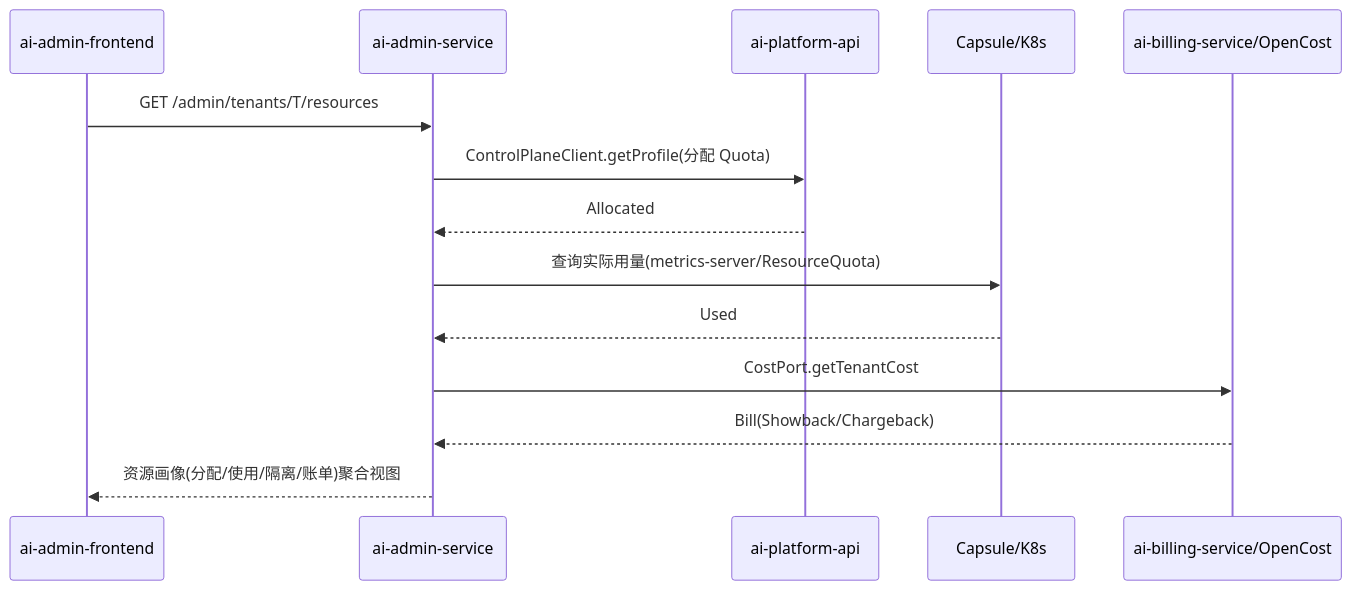
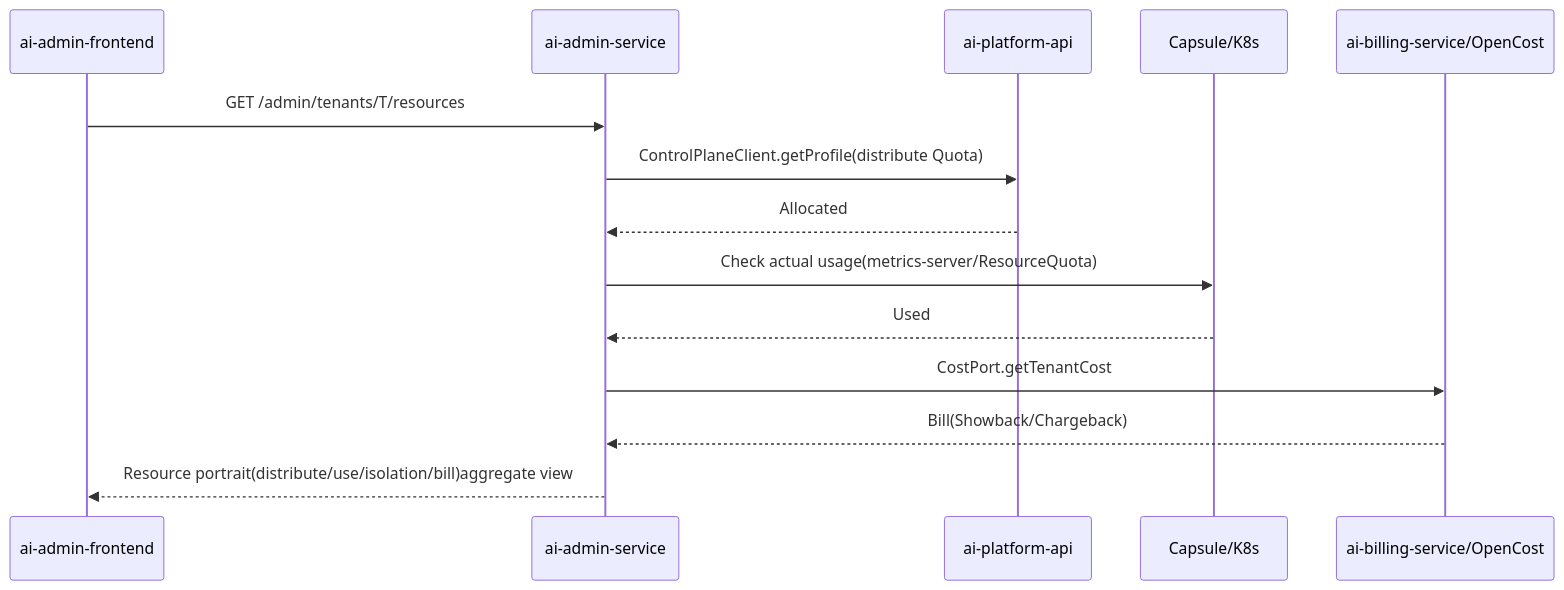
One commit to open-strata-ai/ai-admin-service changed the fifth of 5 diagrams in design/DESIGN.md. Above: the diagram before and after it, drawn with Mermaid. The commit also changed other lines of this file and 9 other files, not shown here.

````diff
--- a/design/DESIGN.md
+++ b/design/DESIGN.md
@@ -311,16 +311,16 @@
 ```mermaid
 sequenceDiagram
     participant AF as ai-admin-frontend
     participant ADM as ai-admin-service
     participant API as ai-platform-api
     participant CAP as Capsule/K8s
     participant BILL as ai-billing-service/OpenCost
     AF->>ADM: GET /admin/tenants/T/resources
-    ADM->>API: ControlPlaneClient.getProfile(分配 Quota)
+    ADM->>API: ControlPlaneClient.getProfile(distribute Quota)
     API-->>ADM: Allocated
-    ADM->>CAP: 查询实际用量(metrics-server/ResourceQuota)
+    ADM->>CAP: Check actual usage(metrics-server/ResourceQuota)
     CAP-->>ADM: Used
     ADM->>BILL: CostPort.getTenantCost
     BILL-->>ADM: Bill(Showback/Chargeback)
-    ADM-->>AF: 资源画像(分配/使用/隔离/账单)聚合视图
+    ADM-->>AF: Resource portrait(distribute/use/isolation/bill)aggregate view
 ```
````
